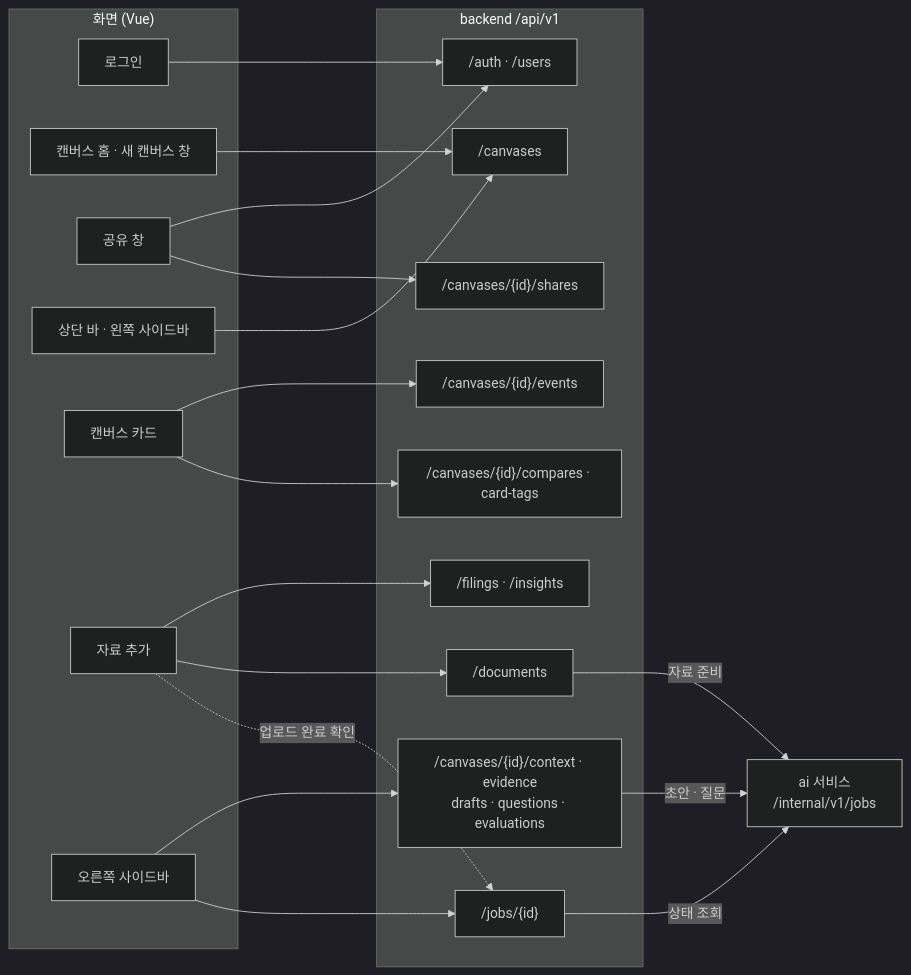
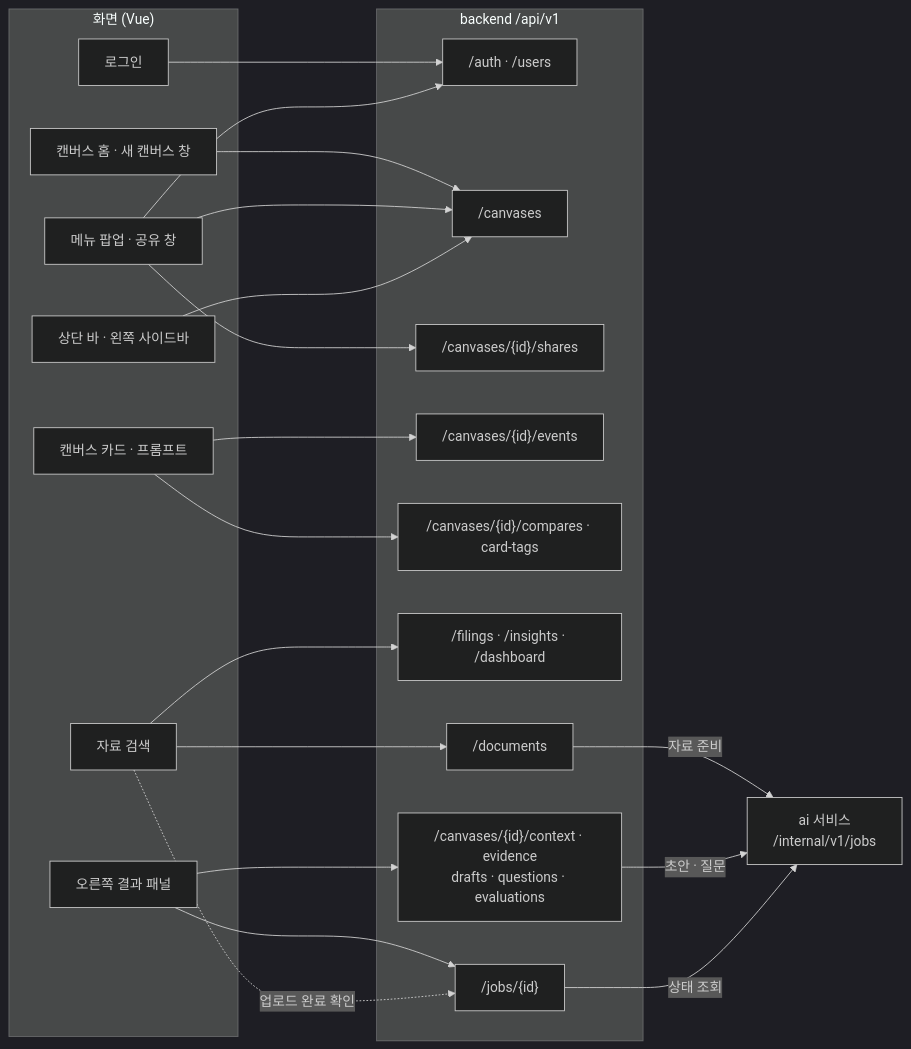
One commit to vamos-team/telescope changed the first of 7 diagrams in docs/frontend/api-diagram.md. Above: the diagram before and after it, drawn with Mermaid (dark theme). The commit also changed other lines of this file and 6 other files, not shown here.

````diff
--- a/docs/frontend/api-diagram.md
+++ b/docs/frontend/api-diagram.md
@@ -7,42 +7,43 @@
 ```mermaid
 flowchart LR
   subgraph FE["화면 (Vue)"]
     L[로그인]
     H[캔버스 홈 · 새 캔버스 창]
-    SH[공유 창]
+    SH[메뉴 팝업 · 공유 창]
     T[상단 바 · 왼쪽 사이드바]
-    C[캔버스 카드]
-    S[자료 추가]
-    R[오른쪽 사이드바]
+    C[캔버스 카드 · 프롬프트]
+    S[자료 검색]
+    R[오른쪽 결과 패널]
   end
 
   subgraph API["backend /api/v1"]
     AU["/auth · /users"]
     CV["/canvases"]
     SHR["/canvases/{id}/shares"]
     EV["/canvases/{id}/events"]
     CMP["/canvases/{id}/compares · card-tags"]
-    FL["/filings · /insights"]
+    FL["/filings · /insights · /dashboard"]
     DC["/documents"]
     OUT["/canvases/{id}/context · evidence<br/>drafts · questions · evaluations"]
     JB["/jobs/{id}"]
   end
 
   AI["ai 서비스<br/>/internal/v1/jobs"]
 
   L --> AU
   H --> CV
+  SH --> CV
   SH --> AU
   SH --> SHR
   T --> CV
   C --> EV
   C --> CMP
   S --> FL
   S --> DC
   R --> OUT
   R --> JB
   S -. 업로드 완료 확인 .-> JB
   DC -- 자료 준비 --> AI
   OUT -- 초안 · 질문 --> AI
   JB -- 상태 조회 --> AI
 ```
````
